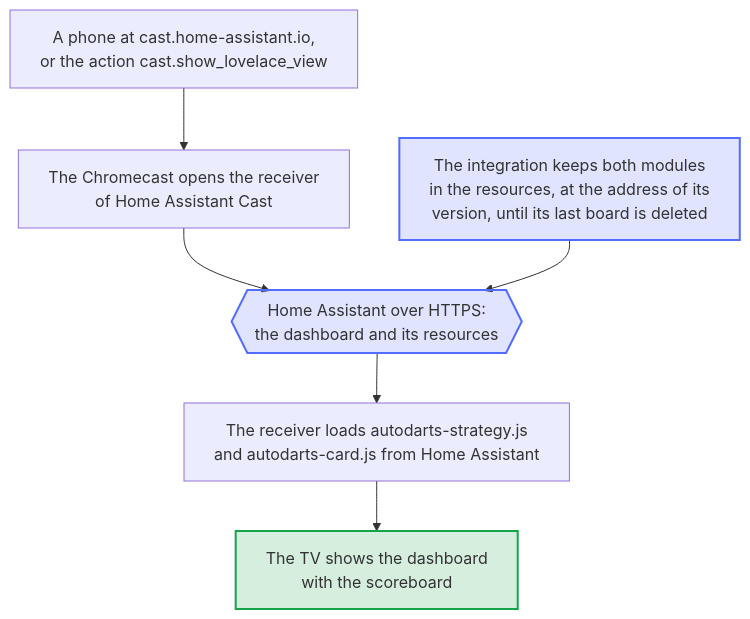
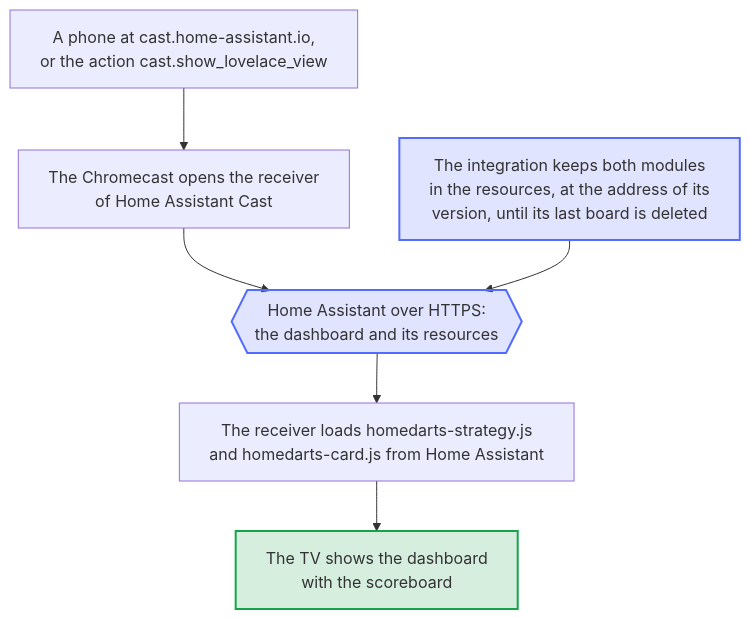
The diagram in docs/diagrams/cast.en.mmd (Dennis-Otto/ha-autodarts), drawn with Mermaid before and after one commit. The commit also changed 506 other files, not shown here.

First line of the commit message:
feat!: HomeDarts for Autodarts, a name of its own (#442)

```diff
--- a/docs/diagrams/cast.en.mmd
+++ b/docs/diagrams/cast.en.mmd
@@ -1,19 +1,19 @@
 ---
 config:
   flowchart:
     wrappingWidth: 400
 ---
 flowchart TB
   accTitle: How the cards reach a TV through Home Assistant Cast
   accDescr: A phone at cast.home-assistant.io or the action cast.show_lovelace_view casts a dashboard. The Chromecast opens the receiver of Home Assistant Cast, which signs in to Home Assistant over HTTPS and reads the dashboard and its resources. The integration keeps both of its modules there, at the address of its version, from every start of Home Assistant until its last board is deleted. The receiver loads the strategy and the cards from Home Assistant, and the TV shows the dashboard with the scoreboard.
 
   CAST["A phone at cast.home-assistant.io,<br/>or the action cast.show_lovelace_view"] --> RECEIVER["The Chromecast opens the receiver<br/>of Home Assistant Cast"]
   RECEIVER --> HA{{"Home Assistant over HTTPS:<br/>the dashboard and its resources"}}
   KEEP["The integration keeps both modules<br/>in the resources, at the address of its<br/>version, until its last board is deleted"] --> HA
-  HA --> LOAD["The receiver loads autodarts-strategy.js<br/>and autodarts-card.js from Home Assistant"]
+  HA --> LOAD["The receiver loads homedarts-strategy.js<br/>and homedarts-card.js from Home Assistant"]
   LOAD --> TV["The TV shows the dashboard<br/>with the scoreboard"]
 
   classDef bot fill:#526cfe2e,stroke:#526cfe,stroke-width:2px
   classDef done fill:#16a34a2e,stroke:#16a34a,stroke-width:2px
   class HA,KEEP bot
   class TV done
```
